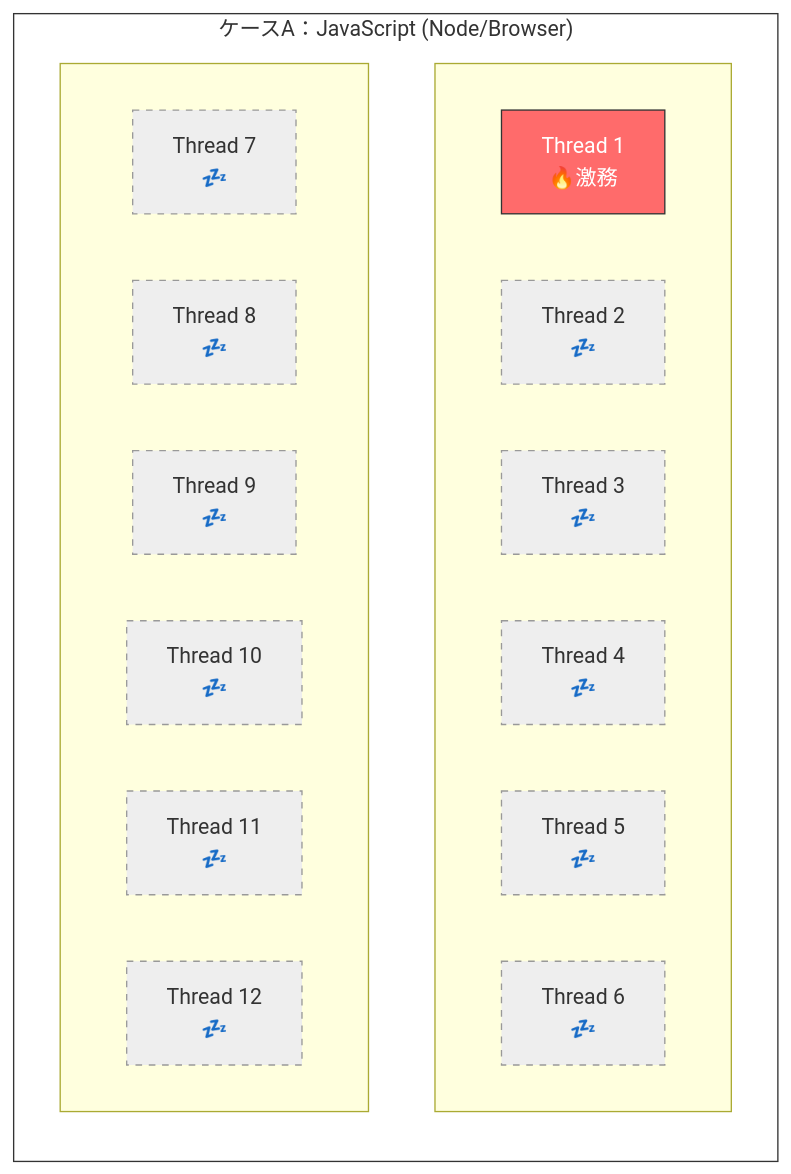
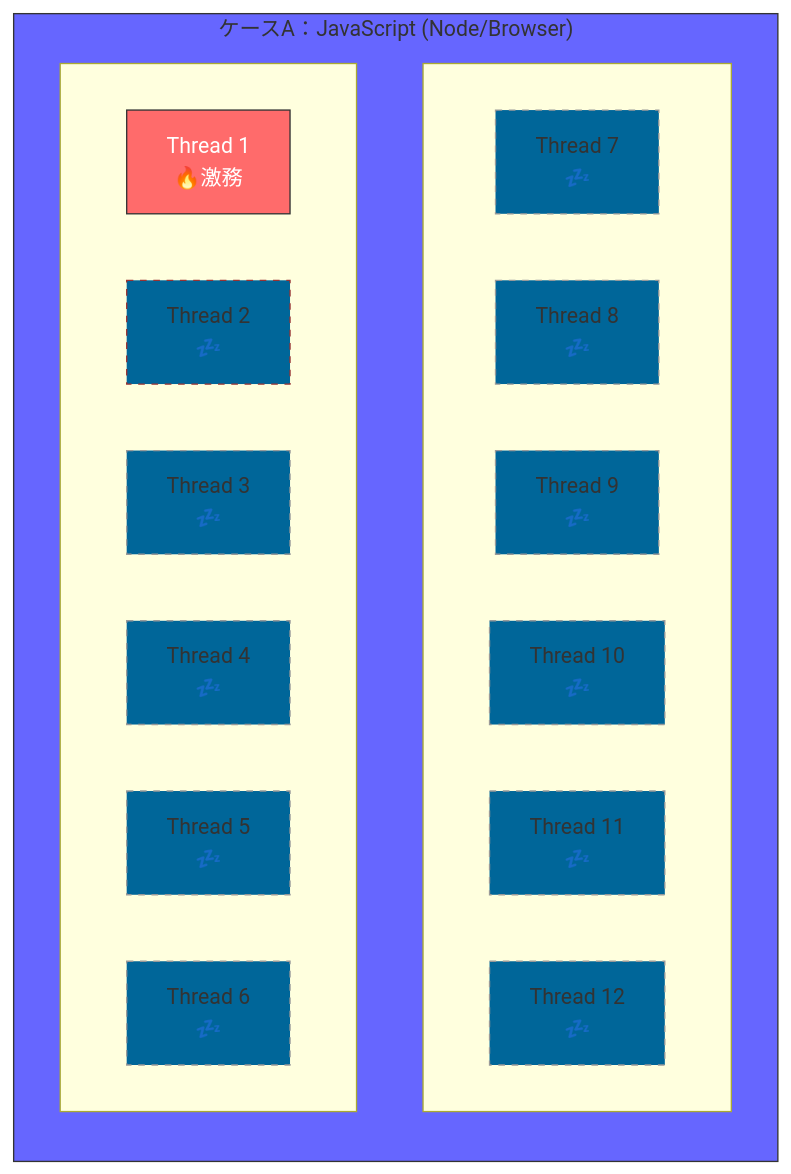
The fourth of 6 diagrams in D01.md (komiyamma/site_ichika_study_async_await_fetch), drawn with Mermaid before and after one commit.

Commit message:
fix: D01.mdのシーケンス図の色を修正
- JS_CPUの背景色を#fffから#66fに変更
- スレッドのスタイルを#eeeから#069に変更し、視認性を向上
- 2段目のスレッドを再配置し、構造を整理

````diff
--- a/D01.md
+++ b/D01.md
@@ -258,42 +258,43 @@
 ```mermaid
 graph TB
     subgraph JS_CPU["ケースA：JavaScript (Node/Browser)"]
         direction TB
-        style JS_CPU fill:#fff,stroke:#333,stroke-width:1px
+        style JS_CPU fill:#66f,stroke:#333,stroke-width:1px
+
+        %% 2段目（横並び6つ）
+        subgraph ROW2[ ]
+            direction LR
+            J7["Thread 7<br>💤"]
+            J8["Thread 8<br>💤"]
+            J9["Thread 9<br>💤"]
+            J10["Thread 10<br>💤"]
+            J11["Thread 11<br>💤"]
+            J12["Thread 12<br>💤"]
+        end
 
         %% 1段目（横並び6つ）
         subgraph ROW1[ ]
             direction LR
             J1["Thread 1<br>🔥激務"]
             J2["Thread 2<br>💤"]
             J3["Thread 3<br>💤"]
             J4["Thread 4<br>💤"]
             J5["Thread 5<br>💤"]
             J6["Thread 6<br>💤"]
         end
 
-        %% 2段目（横並び6つ）
-        subgraph ROW2[ ]
-            direction LR
-            J7["Thread 7<br>💤"]
-            J8["Thread 8<br>💤"]
-            J9["Thread 9<br>💤"]
-            J10["Thread 10<br>💤"]
-            J11["Thread 11<br>💤"]
-            J12["Thread 12<br>💤"]
-        end
 
         style J1 fill:#ff6b6b,stroke:#333,color:white
-        style J2 fill:#eee,stroke:#999,stroke-dasharray:5 5
-        style J3 fill:#eee,stroke:#999,stroke-dasharray:5 5
-        style J4 fill:#eee,stroke:#999,stroke-dasharray:5 5
-        style J5 fill:#eee,stroke:#999,stroke-dasharray:5 5
-        style J6 fill:#eee,stroke:#999,stroke-dasharray:5 5
-        style J7 fill:#eee,stroke:#999,stroke-dasharray:5 5
-        style J8 fill:#eee,stroke:#999,stroke-dasharray:5 5
-        style J9 fill:#eee,stroke:#999,stroke-dasharray:5 5
-        style J10 fill:#eee,stroke:#999,stroke-dasharray:5 5
-        style J11 fill:#eee,stroke:#999,stroke-dasharray:5 5
-        style J12 fill:#eee,stroke:#999,stroke-dasharray:5 5
+        style J2 fill:#069,stroke:#933,stroke-dasharray:5 5
+        style J3 fill:#069,stroke:#999,stroke-dasharray:5 5
+        style J4 fill:#069,stroke:#999,stroke-dasharray:5 5
+        style J5 fill:#069,stroke:#999,stroke-dasharray:5 5
+        style J6 fill:#069,stroke:#999,stroke-dasharray:5 5
+        style J7 fill:#069,stroke:#999,stroke-dasharray:5 5
+        style J8 fill:#069,stroke:#999,stroke-dasharray:5 5
+        style J9 fill:#069,stroke:#999,stroke-dasharray:5 5
+        style J10 fill:#069,stroke:#999,stroke-dasharray:5 5
+        style J11 fill:#069,stroke:#999,stroke-dasharray:5 5
+        style J12 fill:#069,stroke:#999,stroke-dasharray:5 5
     end
 ```
````
